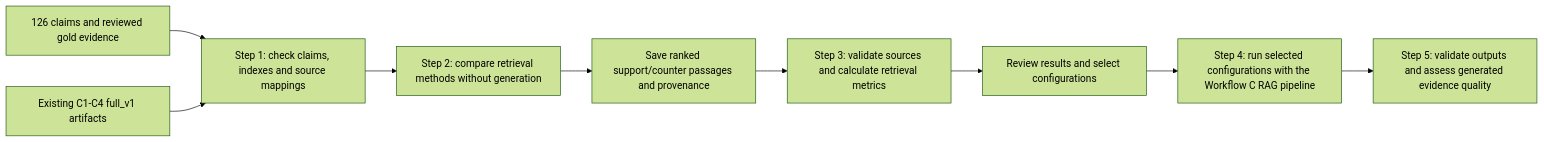
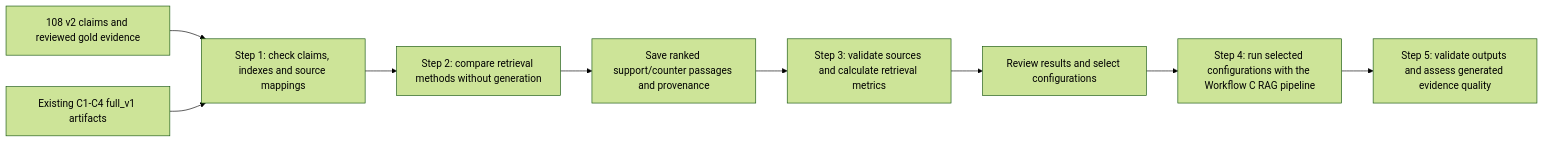
The fourth of 5 diagrams in docs/narrative/workflow/summary_full_narrative_agent_flow.md (hungdp123/GenAI-group-project), drawn with Mermaid (forest theme) before and after one commit. The commit also changed other lines of this file and 2 other files, not shown here.

````diff
--- a/docs/narrative/workflow/summary_full_narrative_agent_flow.md
+++ b/docs/narrative/workflow/summary_full_narrative_agent_flow.md
@@ -104,11 +104,11 @@
 ```mermaid
 flowchart LR
-    Cases["126 claims and reviewed gold evidence"] --> Ready["Step 1: check claims, indexes and source mappings"]
+    Cases["108 v2 claims and reviewed gold evidence"] --> Ready["Step 1: check claims, indexes and source mappings"]
     Builds["Existing C1-C4 full_v1 artifacts"] --> Ready
     Ready --> Run["Step 2: compare retrieval methods without generation"]
     Run --> Save["Save ranked support/counter passages and provenance"]
     Save --> Score["Step 3: validate sources and calculate retrieval metrics"]
     Score --> Select["Review results and select configurations"]
     Select --> RAG["Step 4: run selected configurations with the Workflow C RAG pipeline"]
     RAG --> CheckRAG["Step 5: validate outputs and assess generated evidence quality"]
 ```
````
